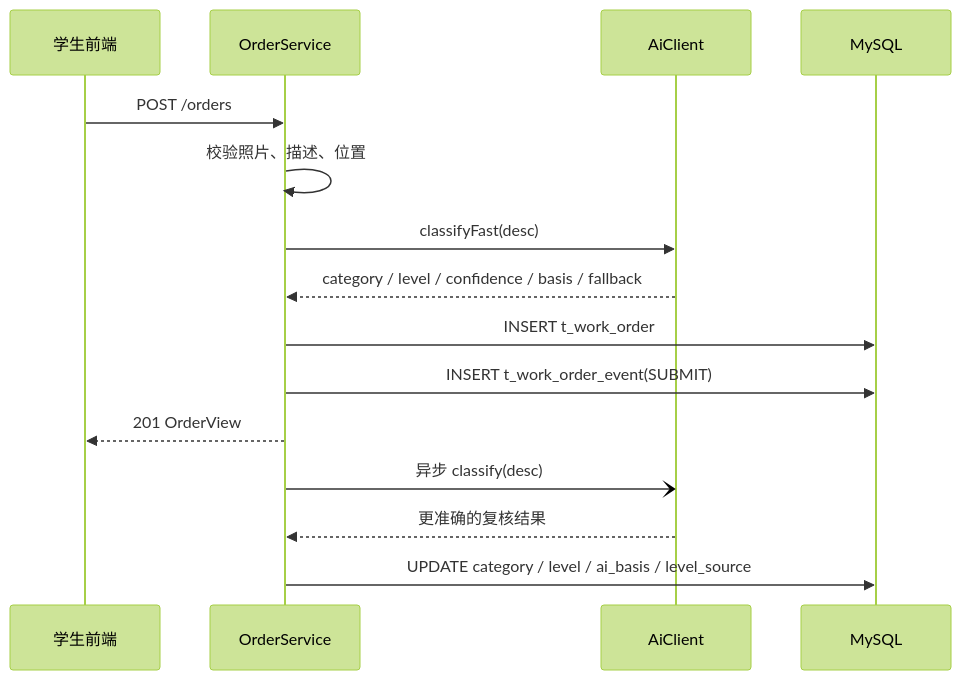
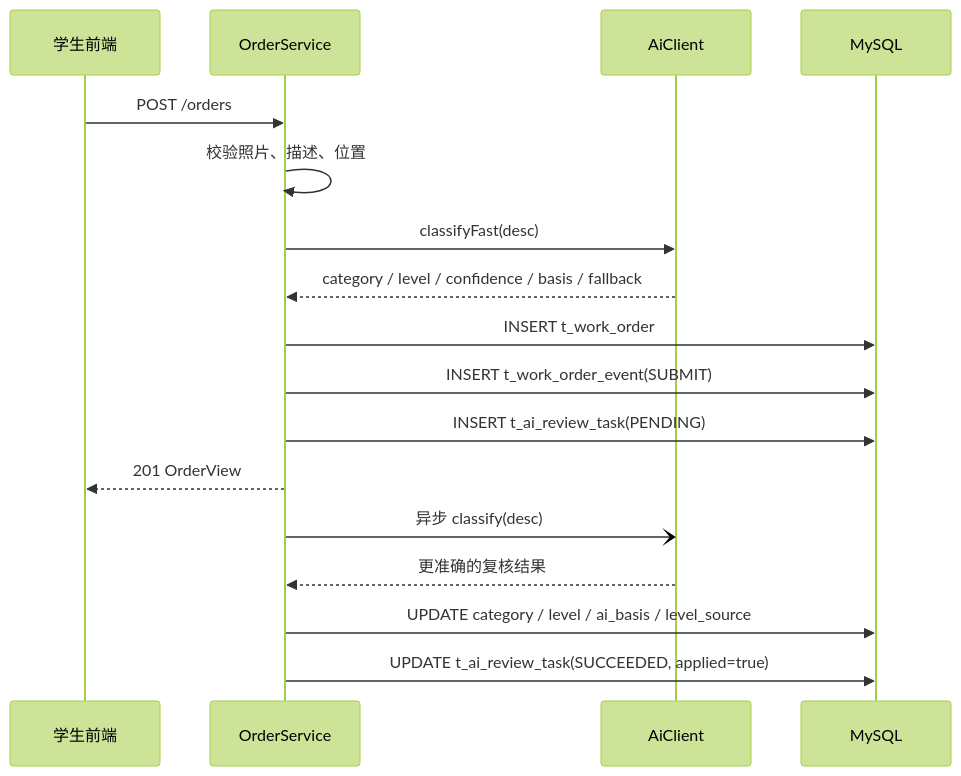
Before and after one commit to zengxiangpeng123/dorm-repair: the diagram in docs/03_系统设计/系统开发设计/07-AI结果与工单落库.md, drawn with Mermaid (forest theme). The commit also changed other lines of this file and 35 other files, not shown here.

````diff
--- a/docs/03_系统设计/系统开发设计/07-AI结果与工单落库.md
+++ b/docs/03_系统设计/系统开发设计/07-AI结果与工单落库.md
@@ -18,17 +18,19 @@
 ```mermaid
 sequenceDiagram
   participant S as 学生前端
   participant B as OrderService
   participant AI as AiClient
   participant DB as MySQL
   S->>B: POST /orders
   B->>B: 校验照片、描述、位置
   B->>AI: classifyFast(desc)
   AI-->>B: category / level / confidence / basis / fallback
   B->>DB: INSERT t_work_order
   B->>DB: INSERT t_work_order_event(SUBMIT)
+  B->>DB: INSERT t_ai_review_task(PENDING)
   B-->>S: 201 OrderView
   B-)AI: 异步 classify(desc)
   AI-->>B: 更准确的复核结果
   B->>DB: UPDATE category / level / ai_basis / level_source
+  B->>DB: UPDATE t_ai_review_task(SUCCEEDED, applied=true)
 ```
````
